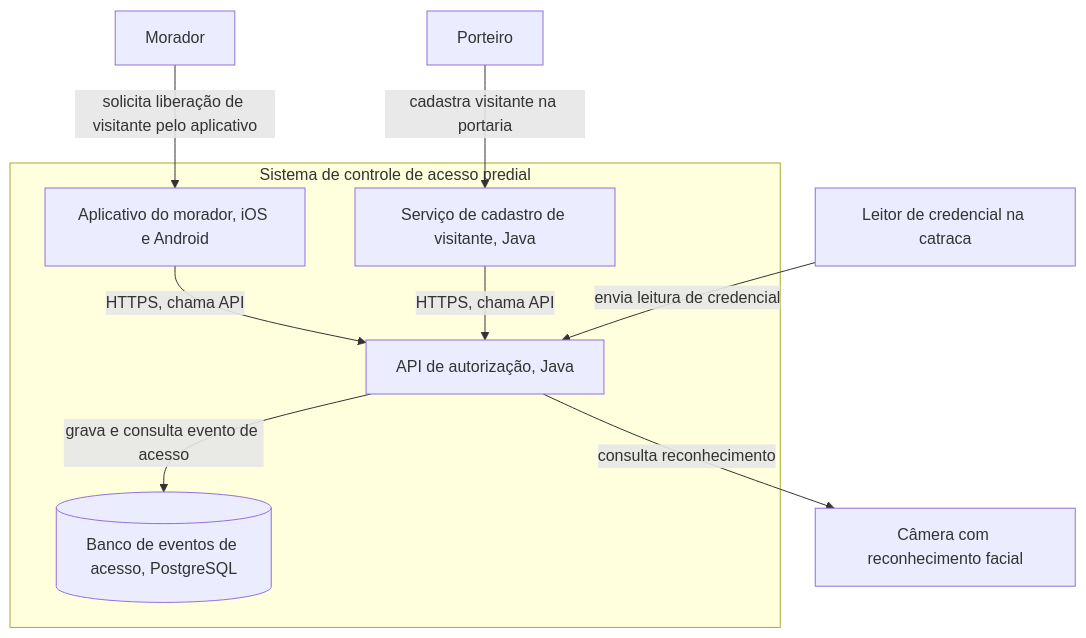
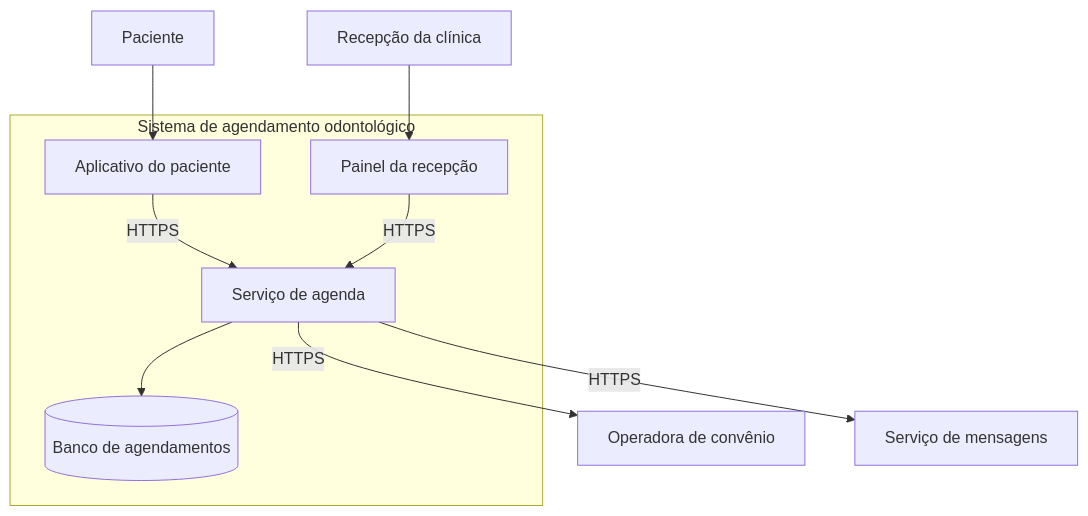
One commit to aulas-marco/projeto-arquitetura-software changed the second of 2 diagrams in docs/modulo-2-plataforma-e-modelos/bloco-4-representacao-de-modelos-e-c4.md. Above: the diagram before and after it, drawn with Mermaid. The commit also changed other lines of this file and 15 other files, not shown here.

````diff
--- a/docs/modulo-2-plataforma-e-modelos/bloco-4-representacao-de-modelos-e-c4.md
+++ b/docs/modulo-2-plataforma-e-modelos/bloco-4-representacao-de-modelos-e-c4.md
@@ -37,23 +70,23 @@
 ```mermaid
 graph TD
-    MOR["Morador"]
-    POR["Porteiro"]
+    PAC["Paciente"]
+    REC["Recepção da clínica"]
 
-    subgraph SIS["Sistema de controle de acesso predial"]
-        APP["Aplicativo do morador, iOS e Android"]
-        API["API de autorização, Java"]
-        BD[("Banco de eventos de acesso, PostgreSQL")]
-        CAT["Serviço de cadastro de visitante, Java"]
+    subgraph AGE["Sistema de agendamento odontológico"]
+        APP["Aplicativo do paciente"]
+        WEB["Painel da recepção"]
+        API["Serviço de agenda"]
+        BD[("Banco de agendamentos")]
     end
 
-    LEI["Leitor de credencial na catraca"]
-    CFT["Câmera com reconhecimento facial"]
+    CONV["Operadora de convênio"]
+    SMS["Serviço de mensagens"]
 
-    MOR -->|"solicita liberação de visitante pelo aplicativo"| APP
-    POR -->|"cadastra visitante na portaria"| CAT
-    APP -->|"HTTPS, chama API"| API
-    CAT -->|"HTTPS, chama API"| API
-    API -->|"grava e consulta evento de acesso"| BD
-    LEI -->|"envia leitura de credencial"| API
-    API -->|"consulta reconhecimento"| CFT
+    PAC --> APP
+    REC --> WEB
+    APP -->|"HTTPS"| API
+    WEB -->|"HTTPS"| API
+    API --> BD
+    API -->|"HTTPS"| CONV
+    API -->|"HTTPS"| SMS
 ```
````
